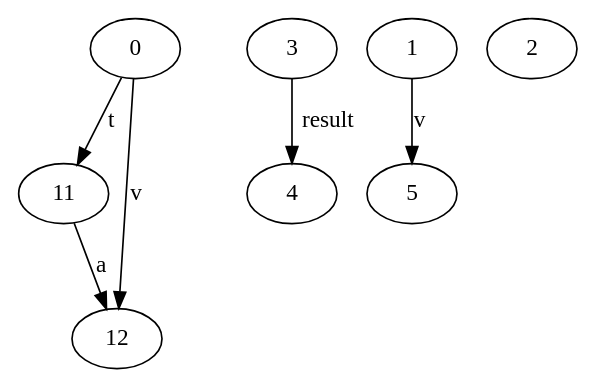
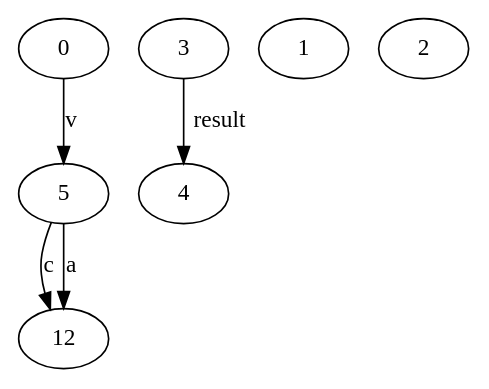
Before and after one commit to varivera/aliasing-java: the diagram in AliasingImpl/source/test.dot, drawn with Graphviz. The commit also changed 6 other files, not shown here.

```diff
--- a/AliasingImpl/source/test.dot
+++ b/AliasingImpl/source/test.dot
@@ -1,15 +1,13 @@
 digraph G {
-n11->n12 [label="a"]
-n0->n12 [label="v"]
-n0->n11 [label="t"]
+n5->n12 [label="c"]
+n5->n12 [label="a"]
+n0->n5 [label="v"]
 n0[label="0"]
+n5[label="5"]
 n12[label="12"]
-n11[label="11"]
 n3->n4 [label="result"]
 n3[label="3"]
 n4[label="4"]
-n1->n5 [label="v"]
 n1[label="1"]
-n5[label="5"]
 n2[label="2"]
 }
```
